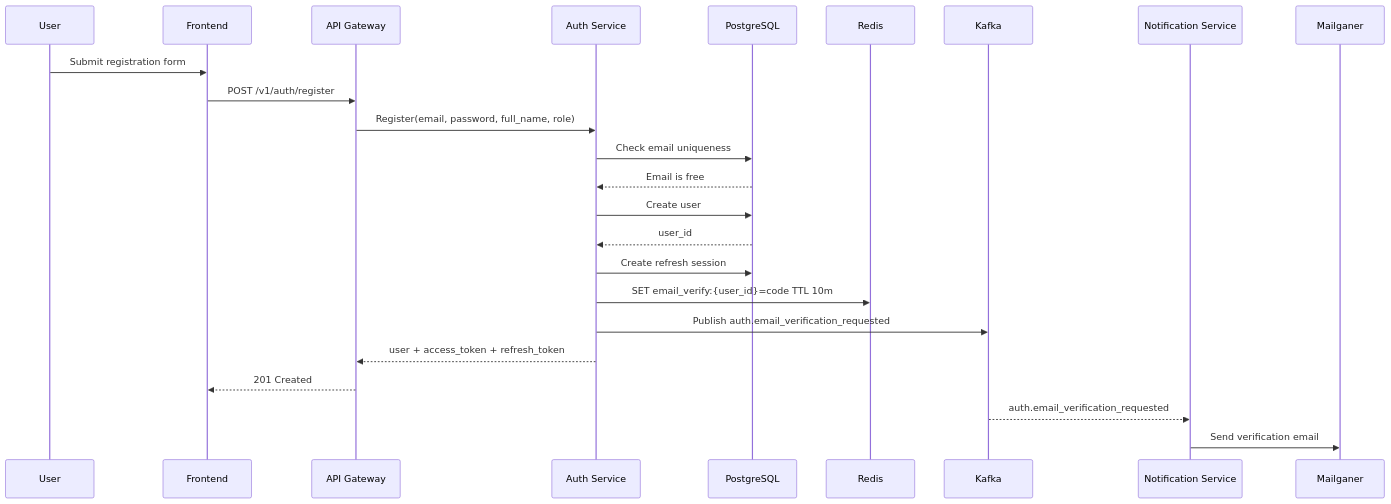
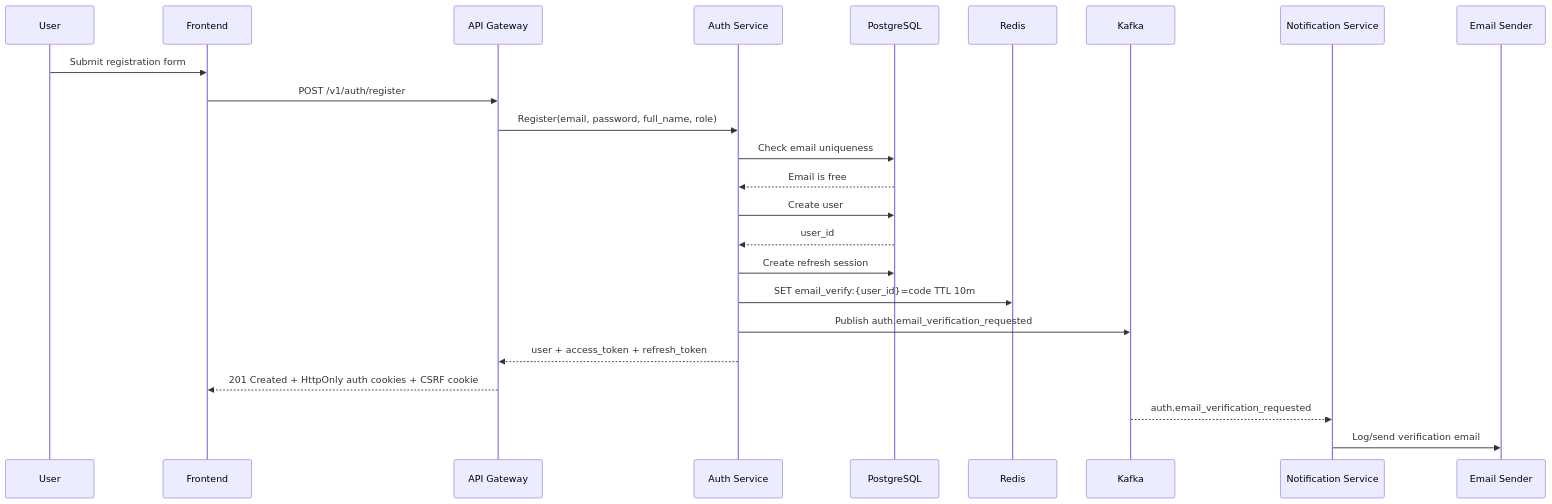
Before and after one commit to tmcrypted/berusmenu: the first of 15 diagrams in docs/sequence-diagrams.md, drawn with Mermaid. The commit also changed other lines of this file and 91 other files, not shown here.

````diff
--- a/docs/sequence-diagrams.md
+++ b/docs/sequence-diagrams.md
@@ -5,27 +5,27 @@
 ```mermaid
 sequenceDiagram
     participant U as User
     participant FE as Frontend
     participant GW as API Gateway
     participant AU as Auth Service
     participant PG as PostgreSQL
     participant R as Redis
     participant K as Kafka
     participant NS as Notification Service
-    participant MP as Mailganer
+    participant ES as Email Sender
 
     U->>FE: Submit registration form
     FE->>GW: POST /v1/auth/register
     GW->>AU: Register(email, password, full_name, role)
     AU->>PG: Check email uniqueness
     PG-->>AU: Email is free
     AU->>PG: Create user
     PG-->>AU: user_id
     AU->>PG: Create refresh session
     AU->>R: SET email_verify:{user_id}=code TTL 10m
     AU->>K: Publish auth.email_verification_requested
     AU-->>GW: user + access_token + refresh_token
-    GW-->>FE: 201 Created
+    GW-->>FE: 201 Created + HttpOnly auth cookies + CSRF cookie
     K-->>NS: auth.email_verification_requested
-    NS->>MP: Send verification email
+    NS->>ES: Log/send verification email
 ```
````
